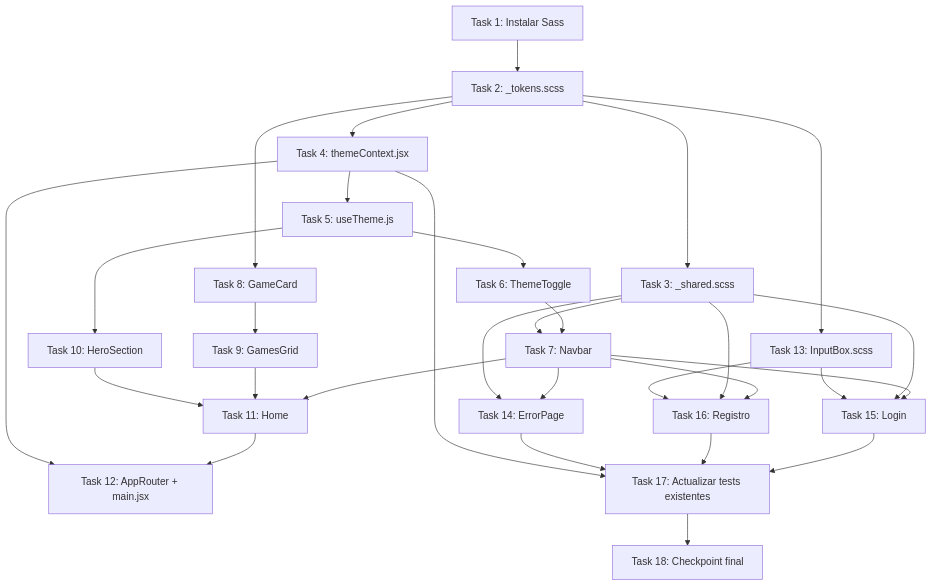
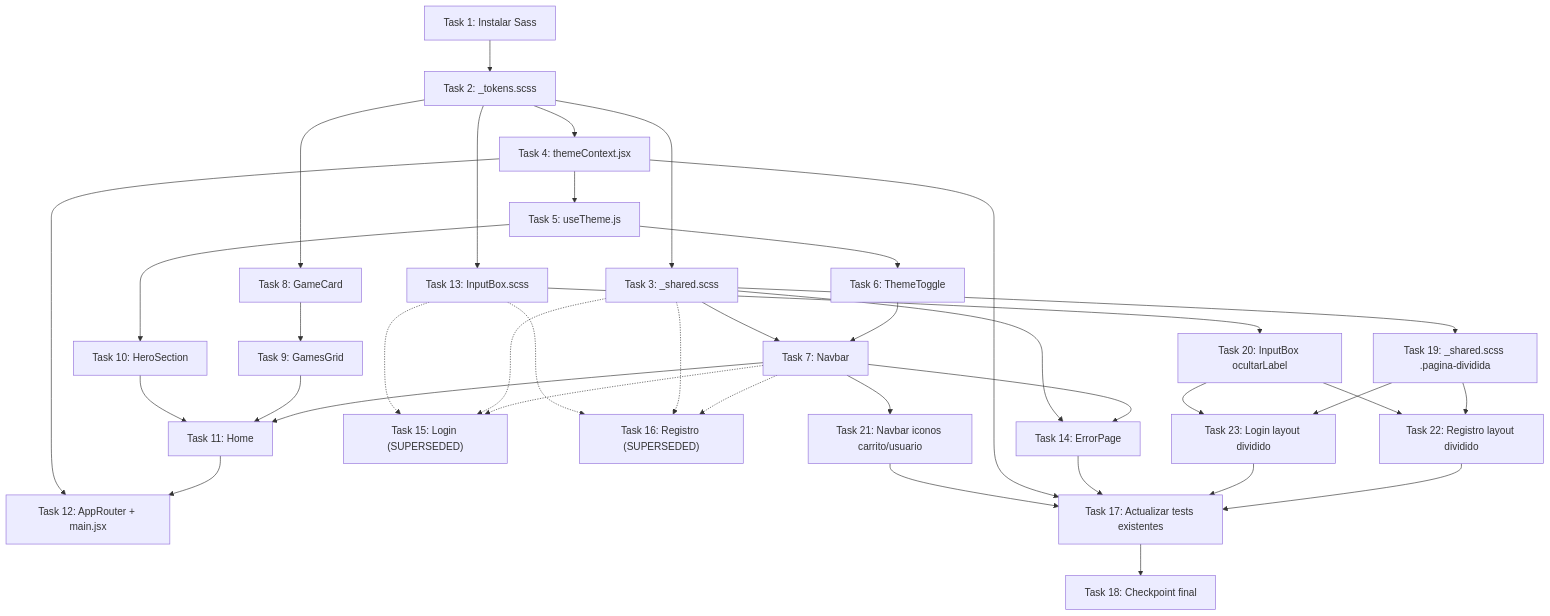
One commit to CarlosG9615/Galin-Games-Shop changed the diagram in .specs/home-diseno/tasks.md. Above: the diagram before and after it, drawn with Mermaid. The commit also changed other lines of this file and 20 other files, not shown here.

First line of the commit message:
feat(frontend): layout dividido de Login/Registro y menu de usuario del Navbar

````diff
--- a/.specs/home-diseno/tasks.md
+++ b/.specs/home-diseno/tasks.md
@@ -370,51 +502,64 @@
 ```mermaid
 graph TD
     T1["Task 1: Instalar Sass"]
     T2["Task 2: _tokens.scss"]
     T3["Task 3: _shared.scss"]
     T4["Task 4: themeContext.jsx"]
     T5["Task 5: useTheme.js"]
     T6["Task 6: ThemeToggle"]
     T7["Task 7: Navbar"]
     T8["Task 8: GameCard"]
     T9["Task 9: GamesGrid"]
     T10["Task 10: HeroSection"]
     T11["Task 11: Home"]
     T12["Task 12: AppRouter + main.jsx"]
     T13["Task 13: InputBox.scss"]
     T14["Task 14: ErrorPage"]
-    T15["Task 15: Login"]
-    T16["Task 16: Registro"]
+    T15["Task 15: Login (SUPERSEDED)"]
+    T16["Task 16: Registro (SUPERSEDED)"]
+    T19["Task 19: _shared.scss .pagina-dividida"]
+    T20["Task 20: InputBox ocultarLabel"]
+    T21["Task 21: Navbar iconos carrito/usuario"]
+    T22["Task 22: Registro layout dividido"]
+    T23["Task 23: Login layout dividido"]
     T17["Task 17: Actualizar tests existentes"]
     T18["Task 18: Checkpoint final"]
 
     T1 --> T2
     T2 --> T3
     T2 --> T4
     T4 --> T5
     T5 --> T6
     T6 --> T7
     T3 --> T7
     T2 --> T8
     T8 --> T9
     T5 --> T10
     T7 --> T11
     T9 --> T11
     T10 --> T11
     T11 --> T12
     T4 --> T12
     T2 --> T13
     T7 --> T14
     T3 --> T14
-    T7 --> T15
-    T3 --> T15
-    T13 --> T15
-    T7 --> T16
-    T3 --> T16
-    T13 --> T16
-    T15 --> T17
-    T16 --> T17
+    T7 -.-> T15
+    T3 -.-> T15
+    T13 -.-> T15
+    T7 -.-> T16
+    T3 -.-> T16
+    T13 -.-> T16
+    T3 --> T19
+    T13 --> T20
+    T7 --> T21
+    T19 --> T22
+    T20 --> T22
+    T19 --> T23
+    T20 --> T23
+    T22 --> T17
+    T23 --> T17
     T14 --> T17
     T4 --> T17
+    T21 --> T17
     T17 --> T18
 ```
````
